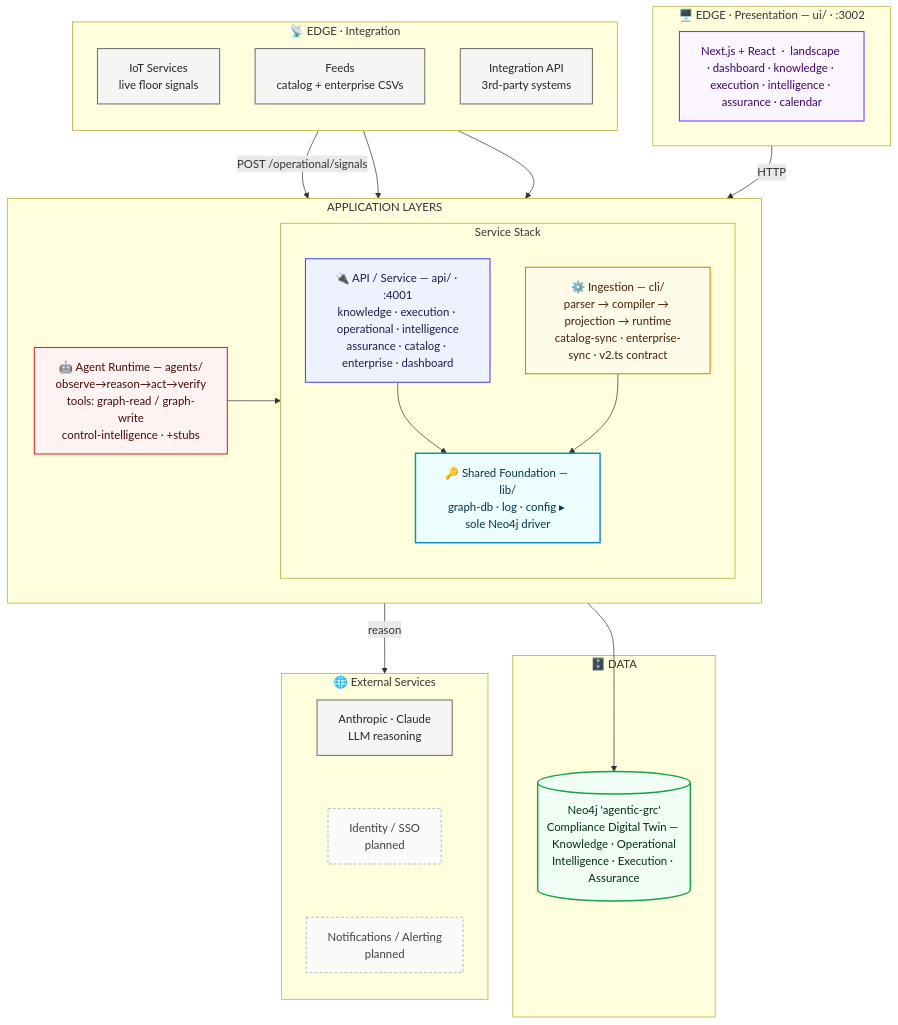
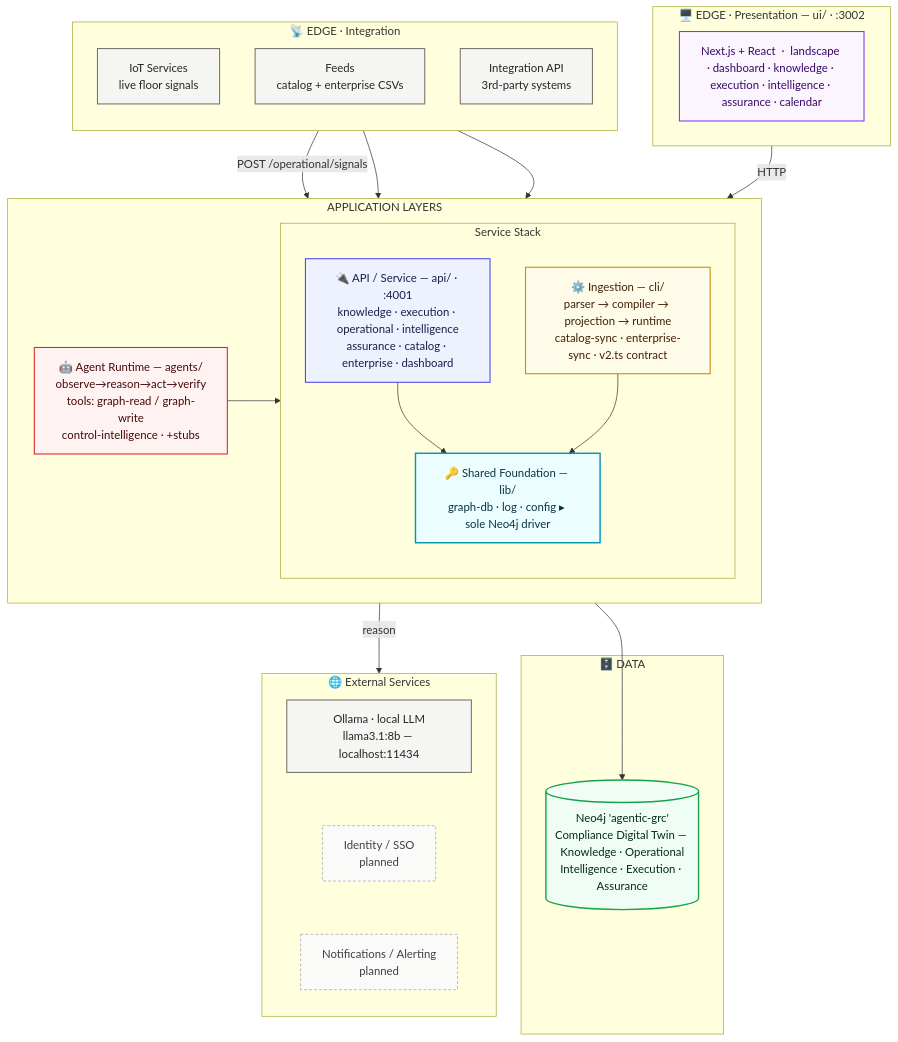
One commit to k-consult/vyra-v1 changed the diagram in .design/vyra-architecture.md. Above: the diagram before and after it, drawn with Mermaid. The commit also changed other lines of this file and 12 other files, not shown here.

````diff
--- a/.design/vyra-architecture.md
+++ b/.design/vyra-architecture.md
@@ -48,69 +48,69 @@
 ```mermaid
 graph TB
     classDef ext     fill:#f5f5f4,stroke:#78716c,color:#292524,stroke-width:1.5px;
     classDef planned fill:#fafaf9,stroke:#a1a1aa,color:#3f3f46,stroke-dasharray:4 3;
     classDef ui      fill:#faf5ff,stroke:#7c3aed,color:#3b0764,stroke-width:1.5px;
     classDef api     fill:#eef2ff,stroke:#4f46e5,color:#1e1b4b,stroke-width:1.5px;
     classDef agent   fill:#fef2f2,stroke:#dc2626,color:#450a0a,stroke-width:1.5px;
     classDef cli     fill:#fefce8,stroke:#ca8a04,color:#422006,stroke-width:1.5px;
     classDef lib     fill:#ecfeff,stroke:#0891b2,color:#083344,stroke-width:2px;
     classDef data    fill:#f0fdf4,stroke:#16a34a,color:#052e16,stroke-width:2px;
 
     %% ═══════ TOP EDGE · presentation (spans left → right) ═══════
     subgraph EDGE_TOP["🖥️ EDGE · Presentation — ui/ · :3002"]
         direction LR
         UI[Next.js + React &nbsp;·&nbsp; landscape · dashboard · knowledge · execution · intelligence · assurance · calendar]:::ui
     end
 
     %% ═══════ LEFT EDGE · integration (top → bottom) ═══════
     subgraph EDGE_LEFT["📡 EDGE · Integration"]
         direction TB
         IOT[IoT Services<br/>live floor signals]:::ext
         FEED[Feeds<br/>catalog + enterprise CSVs]:::ext
         INTG[Integration API<br/>3rd-party systems]:::ext
     end
 
     %% ═══════ CENTER · application layers (core stack + agent on right) ═══════
     subgraph APP["APPLICATION LAYERS"]
         direction LR
         subgraph CORE["Service Stack"]
             direction TB
             API[🔌 API / Service — api/ · :4001<br/>knowledge · execution · operational · intelligence<br/>assurance · catalog · enterprise · dashboard]:::api
             CLI[⚙️ Ingestion — cli/<br/>parser → compiler → projection → runtime<br/>catalog-sync · enterprise-sync · v2.ts contract]:::cli
             LIB[🔑 Shared Foundation — lib/<br/>graph-db · log · config ▸ sole Neo4j driver]:::lib
         end
         AG[🤖 Agent Runtime — agents/<br/>observe→reason→act→verify<br/>tools: graph-read / graph-write<br/>control-intelligence · +stubs]:::agent
     end
 
     subgraph DATA["🗄️ DATA"]
         NEO[(Neo4j 'agentic-grc'<br/>Compliance Digital Twin — Knowledge · Operational<br/>Intelligence · Execution · Assurance)]:::data
     end
 
     %% ═══════ RIGHT · external services (top → bottom) ═══════
     subgraph EXT_SVC["🌐 External Services"]
         direction TB
-        CLAUDE[Anthropic · Claude<br/>LLM reasoning]:::ext
+        OLLAMA[Ollama · local LLM<br/>llama3.1:8b — localhost:11434]:::ext
         SSO[Identity / SSO<br/>planned]:::planned
         NOTIFY[Notifications / Alerting<br/>planned]:::planned
     end
 
     %% presentation edge → app
     UI -->|HTTP| API
 
     %% integration edge → app
     IOT -->|POST /operational/signals| API
     INTG --> API
     FEED --> CLI
 
     %% app + agent → single door → graph
     API --> LIB
     CLI --> LIB
     AG --> LIB
     LIB --> NEO
 
     %% agent → external services (AG is the rightmost app node, so the block hangs to the right;
     %% invisible links force the three services into a vertical column)
-    AG -->|reason| CLAUDE
-    CLAUDE ~~~ SSO
+    AG -->|reason| OLLAMA
+    OLLAMA ~~~ SSO
     SSO ~~~ NOTIFY
 ```
````
